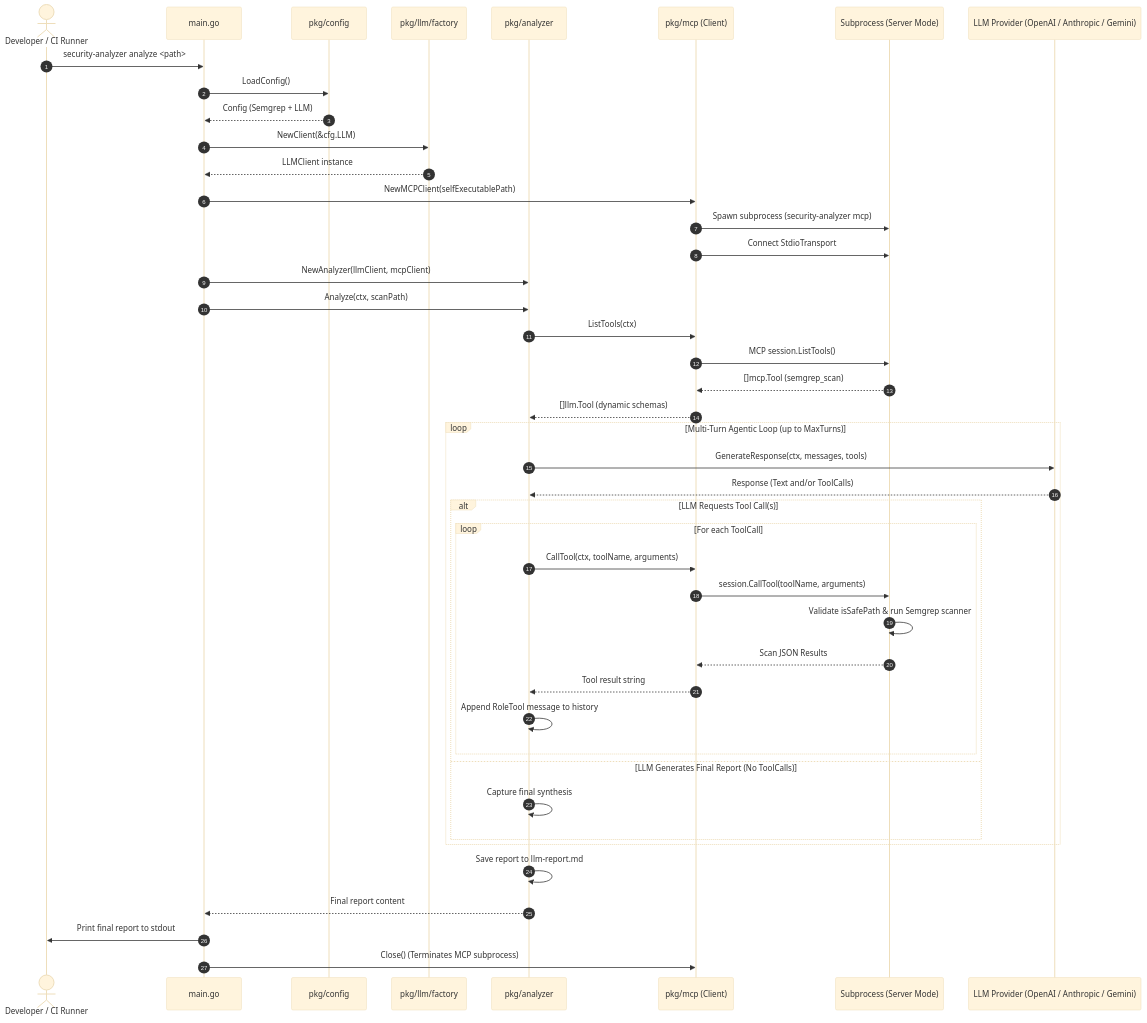
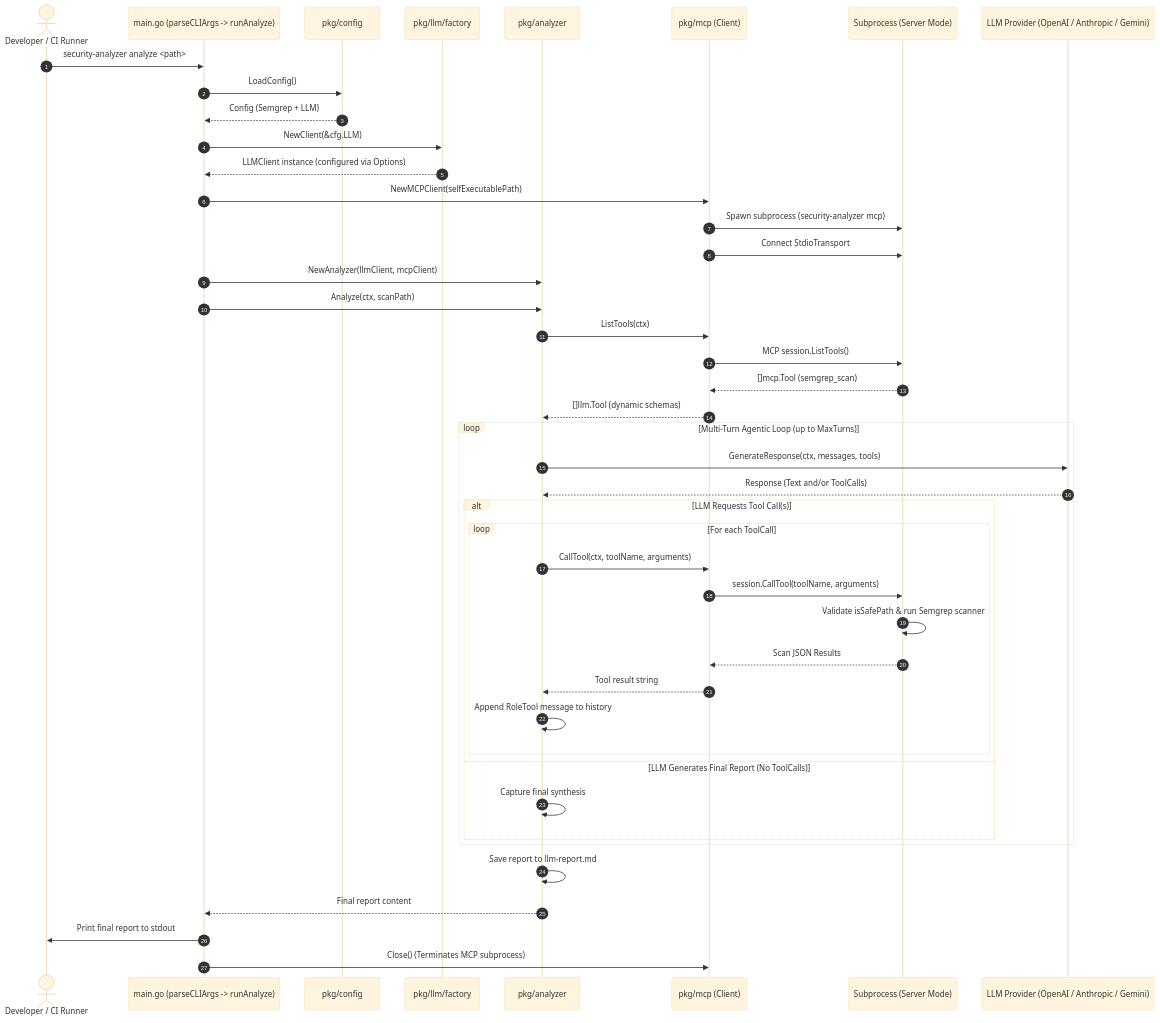
One commit to ajponte/security-analyzer changed the first of 2 diagrams in docs/specs/llm-integration.md. Above: the diagram before and after it, drawn with Mermaid (base theme). The commit also changed other lines of this file and 1 other file, not shown here.

````diff
--- a/docs/specs/llm-integration.md
+++ b/docs/specs/llm-integration.md
@@ -20,51 +22,51 @@
 ```mermaid
 sequenceDiagram
     autonumber
     actor User as Developer / CI Runner
-    participant Main as main.go
+    participant Main as main.go (parseCLIArgs -> runAnalyze)
     participant Config as pkg/config
     participant Factory as pkg/llm/factory
     participant Analyzer as pkg/analyzer
     participant MCPClient as pkg/mcp (Client)
     participant MCPServer as Subprocess (Server Mode)
     participant LLM as LLM Provider (OpenAI / Anthropic / Gemini)
 
     User->>Main: security-analyzer analyze <path>
     Main->>Config: LoadConfig()
     Config-->>Main: Config (Semgrep + LLM)
     Main->>Factory: NewClient(&cfg.LLM)
-    Factory-->>Main: LLMClient instance
+    Factory-->>Main: LLMClient instance (configured via Options)
     Main->>MCPClient: NewMCPClient(selfExecutablePath)
     MCPClient->>MCPServer: Spawn subprocess (security-analyzer mcp)
     MCPClient->>MCPServer: Connect StdioTransport
     Main->>Analyzer: NewAnalyzer(llmClient, mcpClient)
     Main->>Analyzer: Analyze(ctx, scanPath)
 
     Analyzer->>MCPClient: ListTools(ctx)
     MCPClient->>MCPServer: MCP session.ListTools()
     MCPServer-->>MCPClient: []mcp.Tool (semgrep_scan)
     MCPClient-->>Analyzer: []llm.Tool (dynamic schemas)
 
     loop Multi-Turn Agentic Loop (up to MaxTurns)
         Analyzer->>LLM: GenerateResponse(ctx, messages, tools)
         LLM-->>Analyzer: Response (Text and/or ToolCalls)
         
         alt LLM Requests Tool Call(s)
             loop For each ToolCall
                 Analyzer->>MCPClient: CallTool(ctx, toolName, arguments)
                 MCPClient->>MCPServer: session.CallTool(toolName, arguments)
                 MCPServer->>MCPServer: Validate isSafePath & run Semgrep scanner
                 MCPServer-->>MCPClient: Scan JSON Results
                 MCPClient-->>Analyzer: Tool result string
                 Analyzer->>Analyzer: Append RoleTool message to history
             end
         else LLM Generates Final Report (No ToolCalls)
             Analyzer->>Analyzer: Capture final synthesis
         end
     end
 
     Analyzer->>Analyzer: Save report to llm-report.md
     Analyzer-->>Main: Final report content
     Main->>User: Print final report to stdout
     Main->>MCPClient: Close() (Terminates MCP subprocess)
 ```
````
